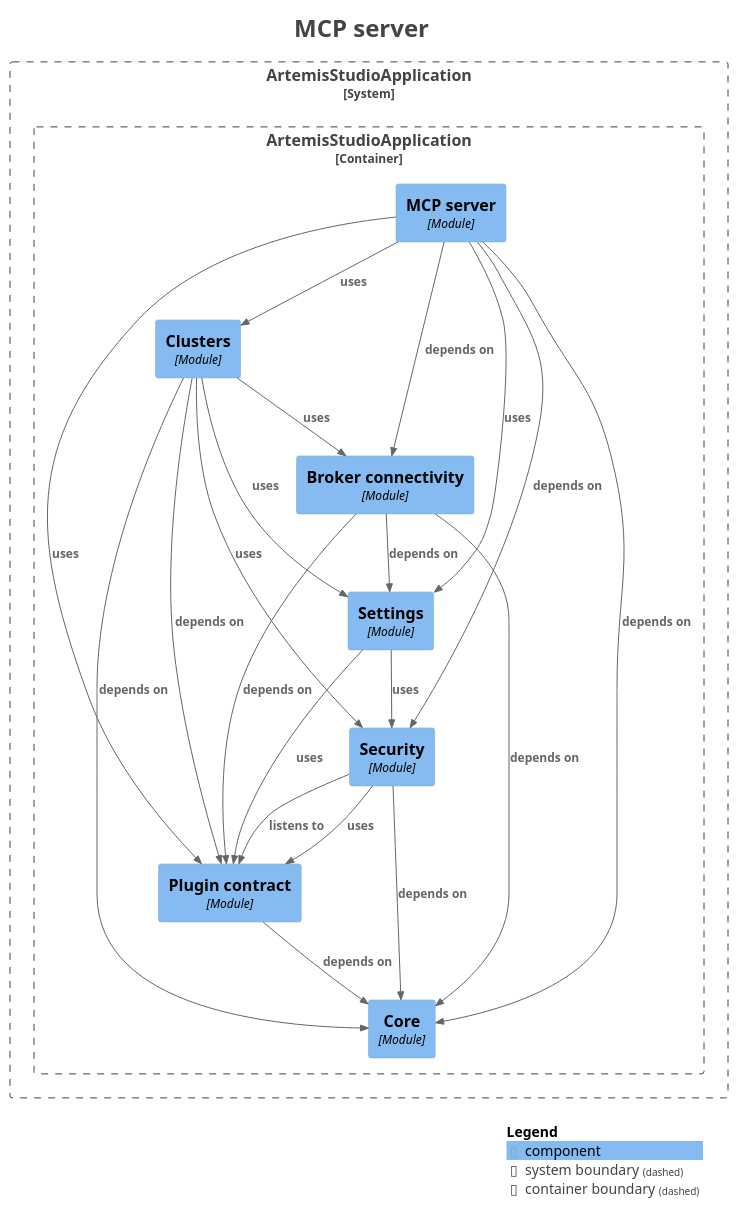
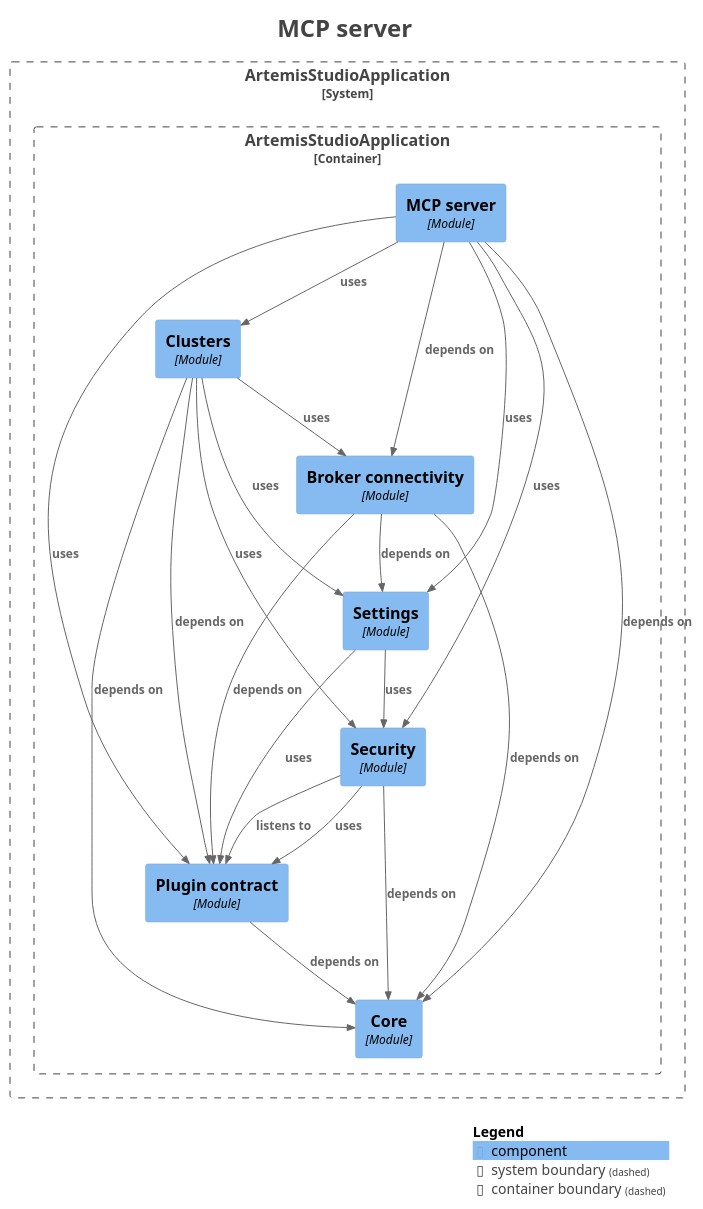
Before and after one commit to sudoitir/artemis-studio: the diagram in docs/modules/module-platform.mcp.puml, drawn with PlantUML. The commit also changed 10 other files, not shown here.

```diff
--- a/docs/modules/module-platform.mcp.puml
+++ b/docs/modules/module-platform.mcp.puml
@@ -1,54 +1,54 @@
 @startuml
 title <size:24>MCP server</size>
 
 set separator none
 top to bottom direction
 
 <style>
   root {
     BackgroundColor: #ffffff
     FontColor: #444444
   }
 </style>
 
 !include <C4/C4>
 !include <C4/C4_Context>
 !include <C4/C4_Component>
 
 System_Boundary("ArtemisStudioApplication_boundary", "ArtemisStudioApplication", $tags="") {
   Container_Boundary("ArtemisStudioApplication.ArtemisStudioApplication_boundary", "ArtemisStudioApplication", $tags="") {
     Component(ArtemisStudioApplication.ArtemisStudioApplication.Settings, "Settings", $techn="Module", $descr="", $tags="", $link="")
     Component(ArtemisStudioApplication.ArtemisStudioApplication.Brokerconnectivity, "Broker connectivity", $techn="Module", $descr="", $tags="", $link="")
     Component(ArtemisStudioApplication.ArtemisStudioApplication.Clusters, "Clusters", $techn="Module", $descr="", $tags="", $link="")
     Component(ArtemisStudioApplication.ArtemisStudioApplication.MCPserver, "MCP server", $techn="Module", $descr="", $tags="", $link="")
     Component(ArtemisStudioApplication.ArtemisStudioApplication.Core, "Core", $techn="Module", $descr="", $tags="", $link="")
     Component(ArtemisStudioApplication.ArtemisStudioApplication.Plugincontract, "Plugin contract", $techn="Module", $descr="", $tags="", $link="")
     Component(ArtemisStudioApplication.ArtemisStudioApplication.Security, "Security", $techn="Module", $descr="", $tags="", $link="")
   }
 
 }
 
 Rel(ArtemisStudioApplication.ArtemisStudioApplication.Brokerconnectivity, ArtemisStudioApplication.ArtemisStudioApplication.Core, "depends on", $techn="", $tags="", $link="")
 Rel(ArtemisStudioApplication.ArtemisStudioApplication.Brokerconnectivity, ArtemisStudioApplication.ArtemisStudioApplication.Plugincontract, "depends on", $techn="", $tags="", $link="")
 Rel(ArtemisStudioApplication.ArtemisStudioApplication.Brokerconnectivity, ArtemisStudioApplication.ArtemisStudioApplication.Settings, "depends on", $techn="", $tags="", $link="")
 Rel(ArtemisStudioApplication.ArtemisStudioApplication.Clusters, ArtemisStudioApplication.ArtemisStudioApplication.Brokerconnectivity, "uses", $techn="", $tags="", $link="")
 Rel(ArtemisStudioApplication.ArtemisStudioApplication.Clusters, ArtemisStudioApplication.ArtemisStudioApplication.Core, "depends on", $techn="", $tags="", $link="")
 Rel(ArtemisStudioApplication.ArtemisStudioApplication.Clusters, ArtemisStudioApplication.ArtemisStudioApplication.Plugincontract, "depends on", $techn="", $tags="", $link="")
 Rel(ArtemisStudioApplication.ArtemisStudioApplication.Clusters, ArtemisStudioApplication.ArtemisStudioApplication.Security, "uses", $techn="", $tags="", $link="")
 Rel(ArtemisStudioApplication.ArtemisStudioApplication.Clusters, ArtemisStudioApplication.ArtemisStudioApplication.Settings, "uses", $techn="", $tags="", $link="")
 Rel(ArtemisStudioApplication.ArtemisStudioApplication.MCPserver, ArtemisStudioApplication.ArtemisStudioApplication.Brokerconnectivity, "depends on", $techn="", $tags="", $link="")
 Rel(ArtemisStudioApplication.ArtemisStudioApplication.MCPserver, ArtemisStudioApplication.ArtemisStudioApplication.Clusters, "uses", $techn="", $tags="", $link="")
 Rel(ArtemisStudioApplication.ArtemisStudioApplication.MCPserver, ArtemisStudioApplication.ArtemisStudioApplication.Core, "depends on", $techn="", $tags="", $link="")
 Rel(ArtemisStudioApplication.ArtemisStudioApplication.MCPserver, ArtemisStudioApplication.ArtemisStudioApplication.Plugincontract, "uses", $techn="", $tags="", $link="")
-Rel(ArtemisStudioApplication.ArtemisStudioApplication.MCPserver, ArtemisStudioApplication.ArtemisStudioApplication.Security, "depends on", $techn="", $tags="", $link="")
+Rel(ArtemisStudioApplication.ArtemisStudioApplication.MCPserver, ArtemisStudioApplication.ArtemisStudioApplication.Security, "uses", $techn="", $tags="", $link="")
 Rel(ArtemisStudioApplication.ArtemisStudioApplication.MCPserver, ArtemisStudioApplication.ArtemisStudioApplication.Settings, "uses", $techn="", $tags="", $link="")
 Rel(ArtemisStudioApplication.ArtemisStudioApplication.Plugincontract, ArtemisStudioApplication.ArtemisStudioApplication.Core, "depends on", $techn="", $tags="", $link="")
 Rel(ArtemisStudioApplication.ArtemisStudioApplication.Security, ArtemisStudioApplication.ArtemisStudioApplication.Core, "depends on", $techn="", $tags="", $link="")
 Rel(ArtemisStudioApplication.ArtemisStudioApplication.Security, ArtemisStudioApplication.ArtemisStudioApplication.Plugincontract, "listens to", $techn="", $tags="", $link="")
 Rel(ArtemisStudioApplication.ArtemisStudioApplication.Security, ArtemisStudioApplication.ArtemisStudioApplication.Plugincontract, "uses", $techn="", $tags="", $link="")
 Rel(ArtemisStudioApplication.ArtemisStudioApplication.Settings, ArtemisStudioApplication.ArtemisStudioApplication.Plugincontract, "uses", $techn="", $tags="", $link="")
 Rel(ArtemisStudioApplication.ArtemisStudioApplication.Settings, ArtemisStudioApplication.ArtemisStudioApplication.Security, "uses", $techn="", $tags="", $link="")
 
 SHOW_LEGEND(true)
 hide stereotypes
 @enduml
```
